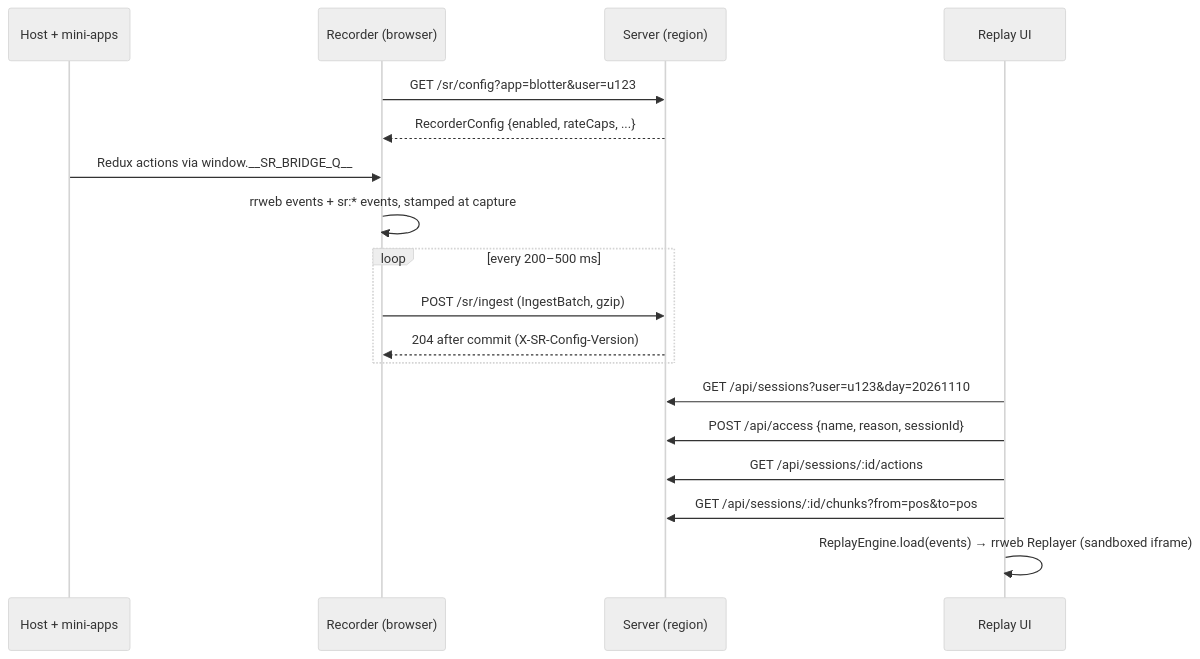
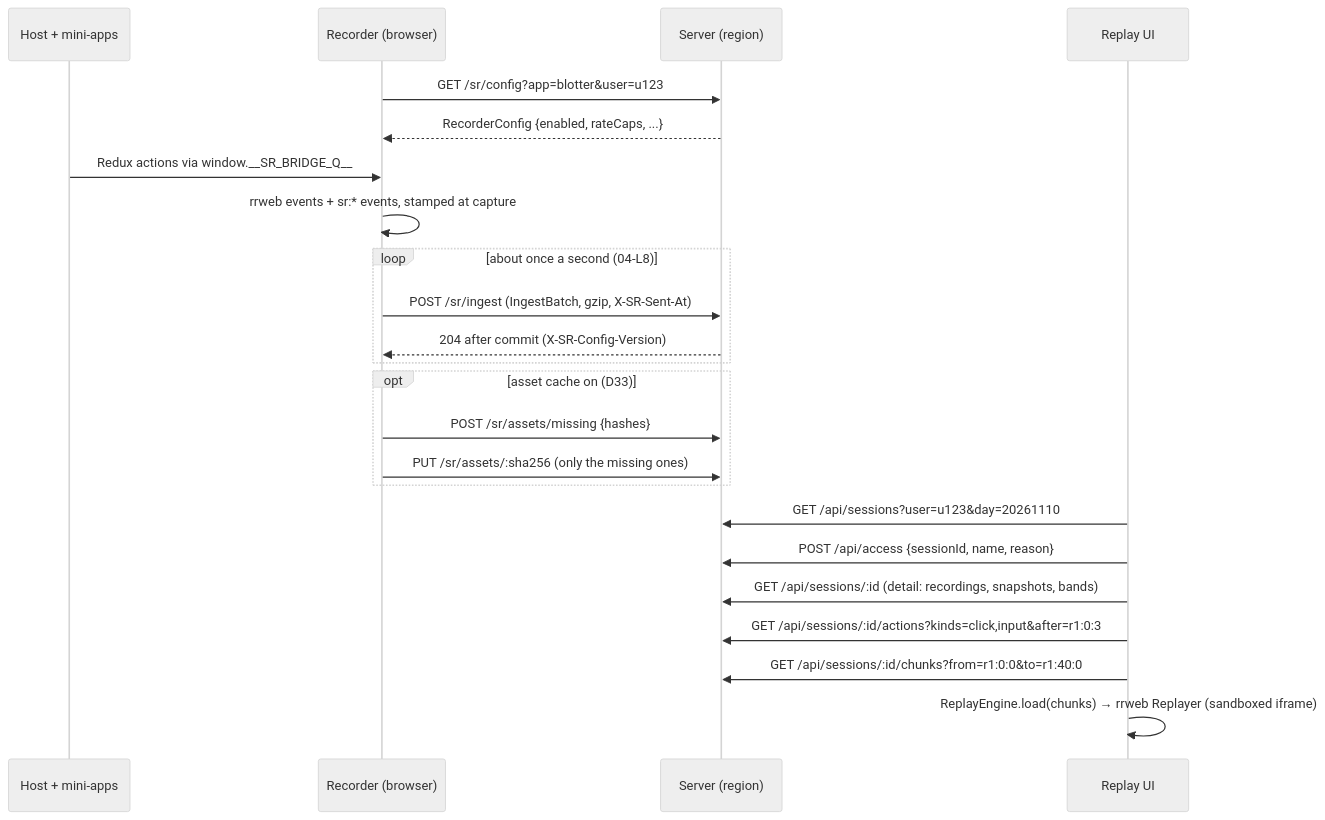
One commit to akhilshastri/session-replay changed the diagram in plan/03-protocol.md. Above: the diagram before and after it, drawn with Mermaid (neutral theme). The commit also changed other lines of this file and 9 other files, not shown here.

````diff
--- a/plan/03-protocol.md
+++ b/plan/03-protocol.md
@@ -28,20 +34,25 @@
 ```mermaid
 sequenceDiagram
   participant App as Host + mini-apps
   participant Rec as Recorder (browser)
   participant Srv as Server (region)
   participant UI as Replay UI
   Rec->>Srv: GET /sr/config?app=blotter&user=u123
   Srv-->>Rec: RecorderConfig {enabled, rateCaps, ...}
   App->>Rec: Redux actions via window.__SR_BRIDGE_Q__
   Rec->>Rec: rrweb events + sr:* events, stamped at capture
-  loop every 200–500 ms
-    Rec->>Srv: POST /sr/ingest (IngestBatch, gzip)
+  loop about once a second (04-L8)
+    Rec->>Srv: POST /sr/ingest (IngestBatch, gzip, X-SR-Sent-At)
     Srv-->>Rec: 204 after commit (X-SR-Config-Version)
   end
+  opt asset cache on (D33)
+    Rec->>Srv: POST /sr/assets/missing {hashes}
+    Rec->>Srv: PUT /sr/assets/:sha256 (only the missing ones)
+  end
   UI->>Srv: GET /api/sessions?user=u123&day=20261110
-  UI->>Srv: POST /api/access {name, reason, sessionId}
-  UI->>Srv: GET /api/sessions/:id/actions
-  UI->>Srv: GET /api/sessions/:id/chunks?from=pos&to=pos
-  UI->>UI: ReplayEngine.load(events) → rrweb Replayer (sandboxed iframe)
+  UI->>Srv: POST /api/access {sessionId, name, reason}
+  UI->>Srv: GET /api/sessions/:id (detail: recordings, snapshots, bands)
+  UI->>Srv: GET /api/sessions/:id/actions?kinds=click,input&after=r1:0:3
+  UI->>Srv: GET /api/sessions/:id/chunks?from=r1:0:0&to=r1:40:0
+  UI->>UI: ReplayEngine.load(chunks) → rrweb Replayer (sandboxed iframe)
 ```
````
